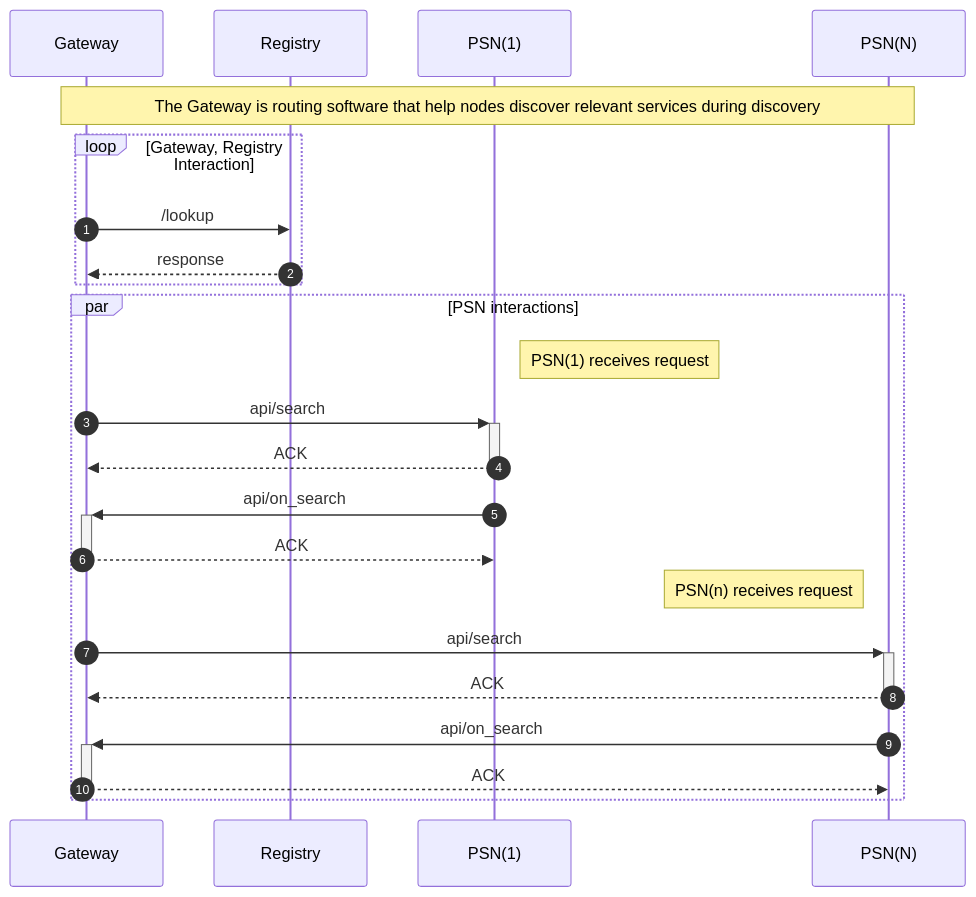
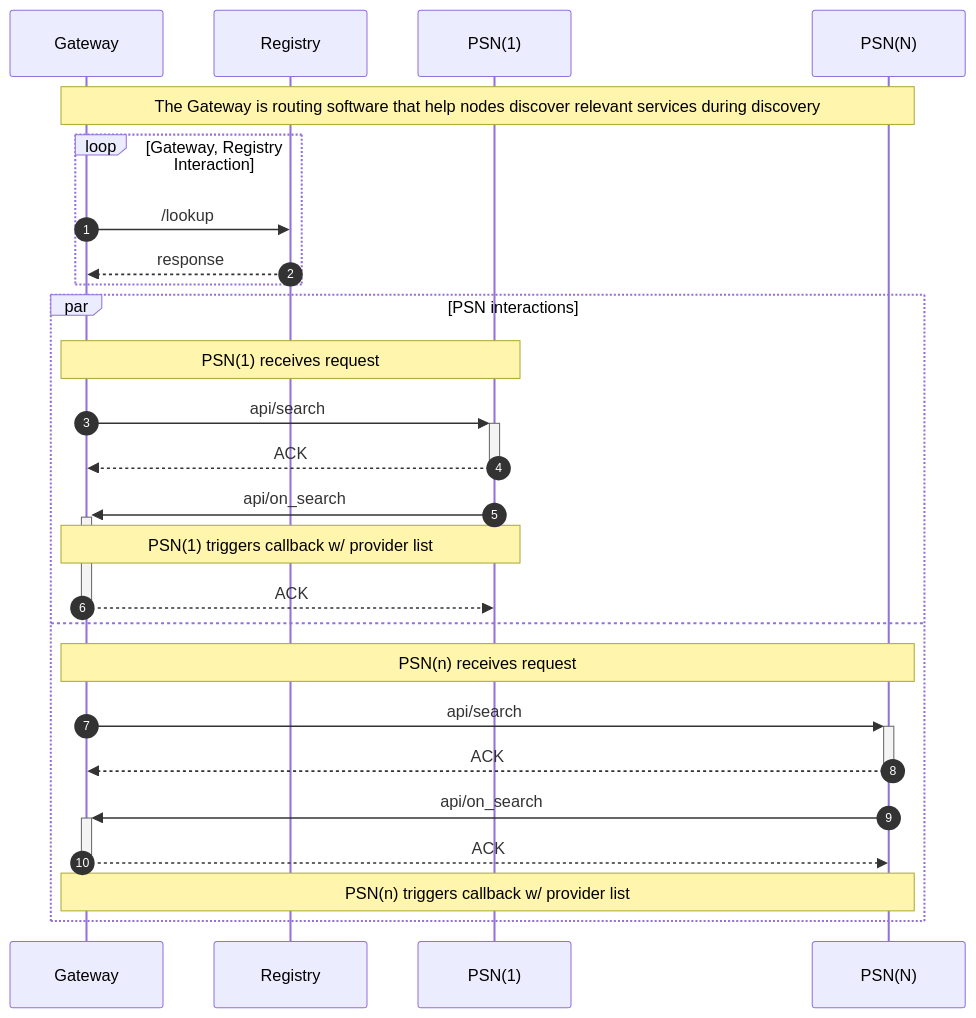
The first of 14 diagrams in docs/OVERVIEW.md (Palette-Labs-Inc/protocol), drawn with Mermaid before and after one commit.

````diff
--- a/docs/OVERVIEW.md
+++ b/docs/OVERVIEW.md
@@ -31,28 +31,30 @@
  ```mermaid
 sequenceDiagram
     autonumber
     participant Gateway
     participant REGISTRY as Registry
     participant PSN1 as PSN(1)
     participant PSNn as PSN(N)
 
     Note over Gateway, PSNn: The Gateway is routing software that help nodes discover relevant services during discovery
     loop Gateway, Registry Interaction
     Gateway->>REGISTRY: /lookup
     REGISTRY-->>Gateway: response
     end 
 
     par PSN interactions
-        Note right of PSN1: PSN(1) receives request
+        Note over Gateway,PSN1: PSN(1) receives request
         Gateway->>+PSN1: api/search
         PSN1-->>-Gateway: ACK
         PSN1->>+Gateway: api/on_search
+        Note over Gateway,PSN1: PSN(1) triggers callback w/ provider list
         Gateway-->>-PSN1: ACK
-
-        Note left of PSNn: PSN(n) receives request
+        and
+        Note over Gateway,PSNn: PSN(n) receives request
         Gateway->>+PSNn: api/search
         PSNn-->>-Gateway: ACK
         PSNn->>+Gateway: api/on_search
         Gateway-->>-PSNn: ACK
+        Note over Gateway,PSNn: PSN(n) triggers callback w/ provider list
     end
  ```
````
